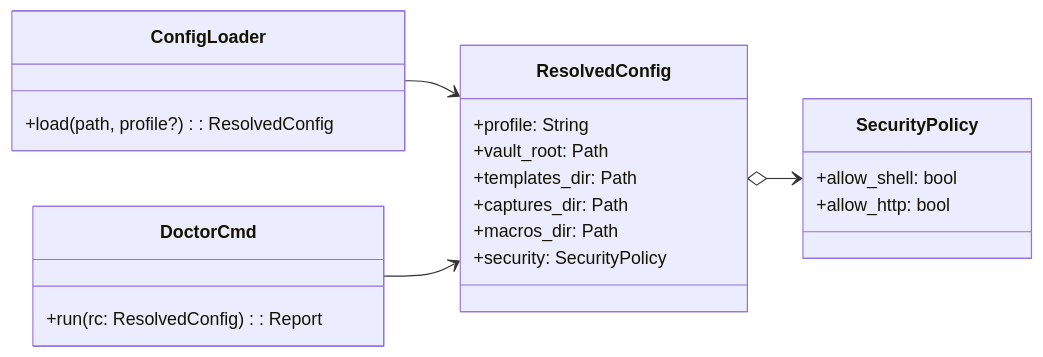
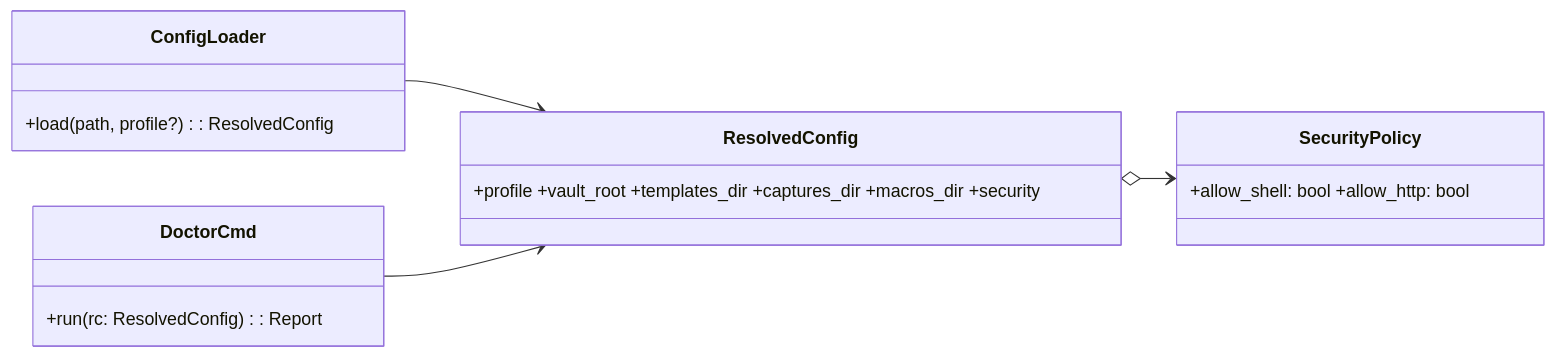
The third of 22 diagrams in docs/01_development_plan.md (agustinvalencia/mdvault), drawn with Mermaid before and after one commit. The commit also changed other lines of this file and 2 other files, not shown here.

````diff
--- a/docs/01_development_plan.md
+++ b/docs/01_development_plan.md
@@ -79,26 +87,11 @@
 ```mermaid
 classDiagram
   direction LR
-  class ConfigLoader {
-    +load(path, profile?): ResolvedConfig
-  }
-  class ResolvedConfig {
-    +profile: String
-    +vault_root: Path
-    +templates_dir: Path
-    +captures_dir: Path
-    +macros_dir: Path
-    +security: SecurityPolicy
-  }
-  class SecurityPolicy {
-    +allow_shell: bool
-    +allow_http: bool
-  }
-  class DoctorCmd {
-    +run(rc: ResolvedConfig): Report
-  }
-
+  class ConfigLoader { +load(path, profile?): ResolvedConfig }
+  class ResolvedConfig { +profile +vault_root +templates_dir +captures_dir +macros_dir +security }
+  class SecurityPolicy { +allow_shell: bool +allow_http: bool }
+  class DoctorCmd { +run(rc: ResolvedConfig): Report }
   ConfigLoader --> ResolvedConfig
   ResolvedConfig o--> SecurityPolicy
   DoctorCmd --> ResolvedConfig
 ```
````
